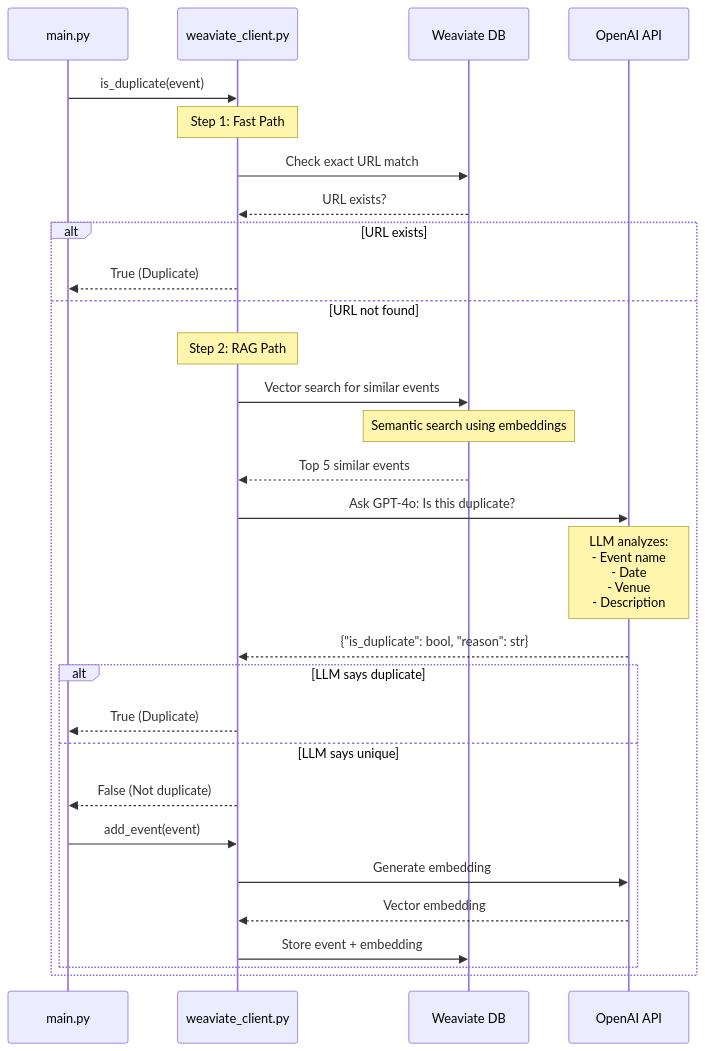
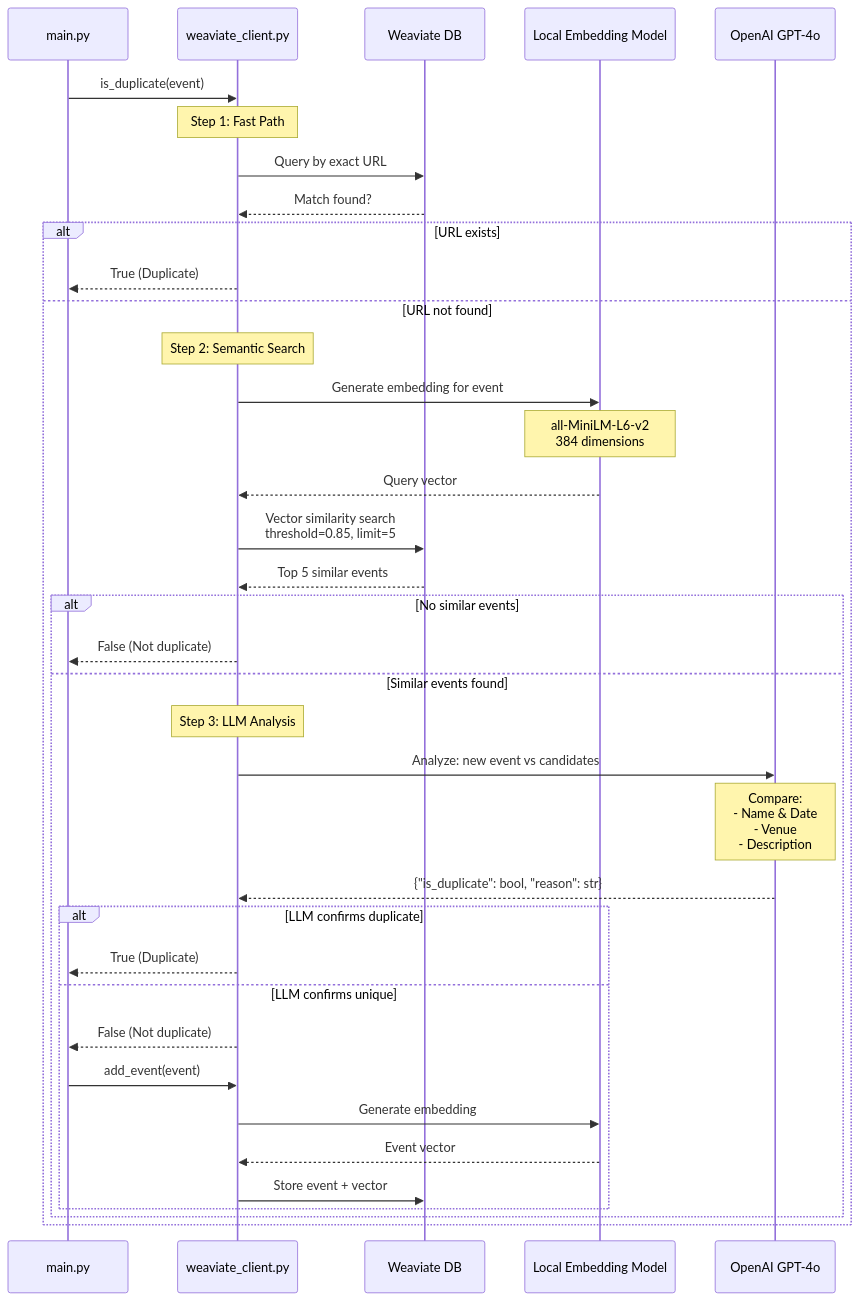
One commit to butlerwill1/llm-rag-event-discovery-pipeline changed the third of 5 diagrams in ARCHITECTURE.md. Above: the diagram before and after it, drawn with Mermaid. The commit also changed other lines of this file and 8 other files, not shown here.

````diff
--- a/ARCHITECTURE.md
+++ b/ARCHITECTURE.md
@@ -154,36 +151,45 @@
 ```mermaid
 sequenceDiagram
     participant M as main.py
     participant W as weaviate_client.py
     participant V as Weaviate DB
-    participant O as OpenAI API
-    
+    participant L as Local Embedding Model
+    participant O as OpenAI GPT-4o
+
     M->>W: is_duplicate(event)
-    
+
     Note over W: Step 1: Fast Path
-    W->>V: Check exact URL match
-    V-->>W: URL exists?
-    
+    W->>V: Query by exact URL
+    V-->>W: Match found?
+
     alt URL exists
         W-->>M: True (Duplicate)
     else URL not found
-        Note over W: Step 2: RAG Path
-        W->>V: Vector search for similar events
-        Note over V: Semantic search using embeddings
+        Note over W: Step 2: Semantic Search
+        W->>L: Generate embedding for event
+        Note over L: all-MiniLM-L6-v2<br/>384 dimensions
+        L-->>W: Query vector
+
+        W->>V: Vector similarity search<br/>threshold=0.85, limit=5
         V-->>W: Top 5 similar events
-        
-        W->>O: Ask GPT-4o: Is this duplicate?
-        Note over O: LLM analyzes:<br/>- Event name<br/>- Date<br/>- Venue<br/>- Description
-        O-->>W: {"is_duplicate": bool, "reason": str}
-        
-        alt LLM says duplicate
-            W-->>M: True (Duplicate)
-        else LLM says unique
+
+        alt No similar events
             W-->>M: False (Not duplicate)
-            M->>W: add_event(event)
-            W->>O: Generate embedding
-            O-->>W: Vector embedding
-            W->>V: Store event + embedding
+        else Similar events found
+            Note over W: Step 3: LLM Analysis
+            W->>O: Analyze: new event vs candidates
+            Note over O: Compare:<br/>- Name & Date<br/>- Venue<br/>- Description
+            O-->>W: {"is_duplicate": bool, "reason": str}
+
+            alt LLM confirms duplicate
+                W-->>M: True (Duplicate)
+            else LLM confirms unique
+                W-->>M: False (Not duplicate)
+                M->>W: add_event(event)
+                W->>L: Generate embedding
+                L-->>W: Event vector
+                W->>V: Store event + vector
+            end
         end
     end
 ```
````
